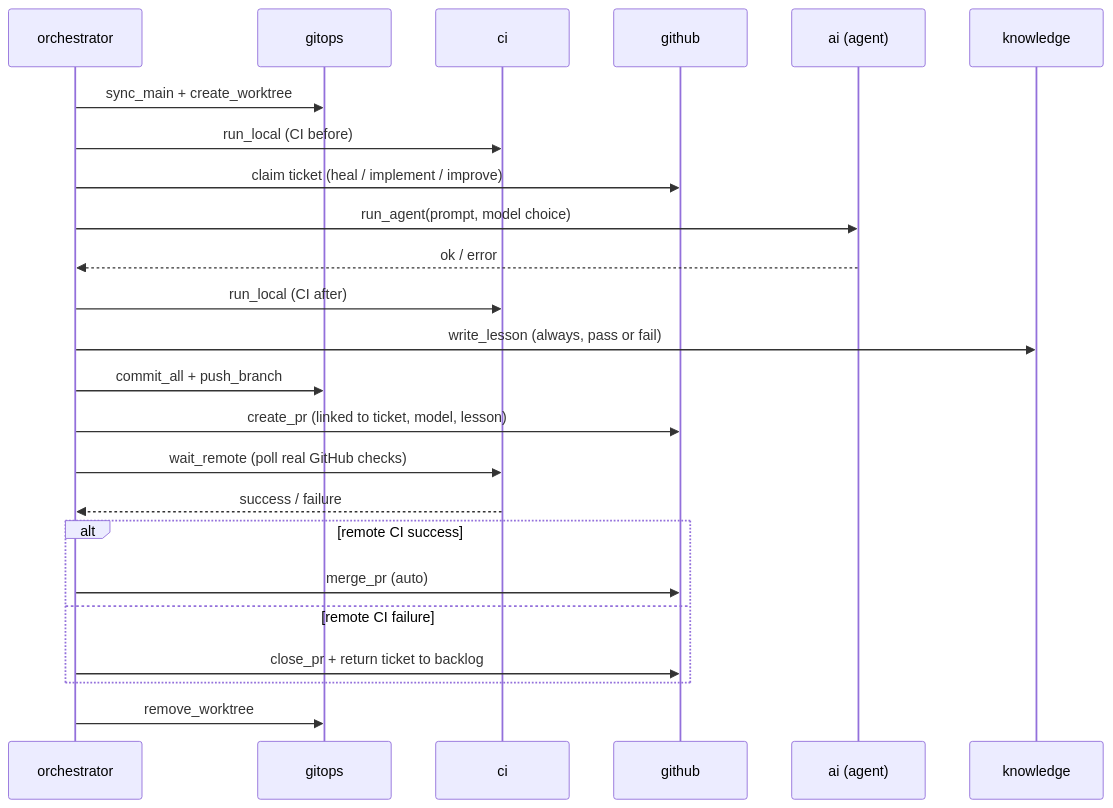
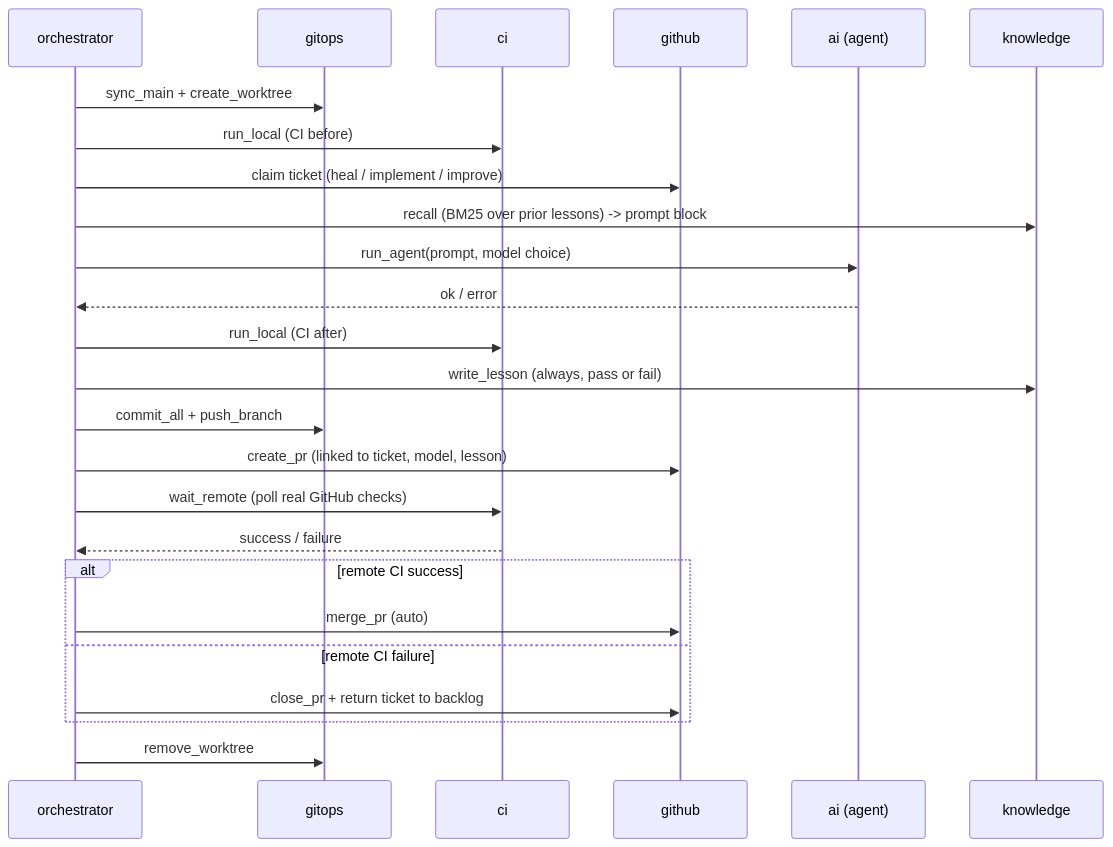
Before and after one commit to hyperscaleailabs/ai-hyperswarm-proto-core: the diagram in docs/ARCHITECTURE.md, drawn with Mermaid. The commit also changed other lines of this file and 10 other files, not shown here.

````diff
--- a/docs/ARCHITECTURE.md
+++ b/docs/ARCHITECTURE.md
@@ -24,27 +25,28 @@
 ```mermaid
 sequenceDiagram
     participant O as orchestrator
     participant G as gitops
     participant C as ci
     participant H as github
     participant A as ai (agent)
     participant K as knowledge
 
     O->>G: sync_main + create_worktree
     O->>C: run_local (CI before)
     O->>H: claim ticket (heal / implement / improve)
+    O->>K: recall (BM25 over prior lessons) -> prompt block
     O->>A: run_agent(prompt, model choice)
     A-->>O: ok / error
     O->>C: run_local (CI after)
     O->>K: write_lesson (always, pass or fail)
     O->>G: commit_all + push_branch
     O->>H: create_pr (linked to ticket, model, lesson)
     O->>C: wait_remote (poll real GitHub checks)
     C-->>O: success / failure
     alt remote CI success
         O->>H: merge_pr (auto)
     else remote CI failure
         O->>H: close_pr + return ticket to backlog
     end
     O->>G: remove_worktree
 ```
````
